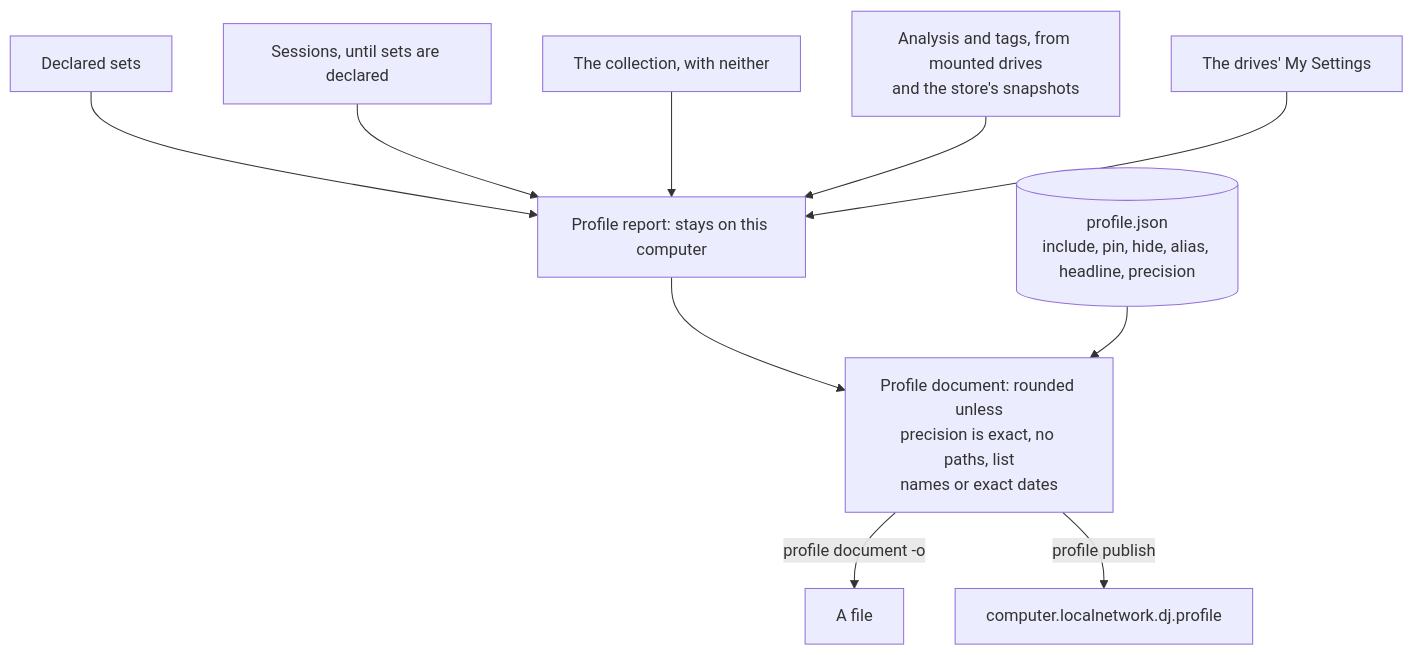
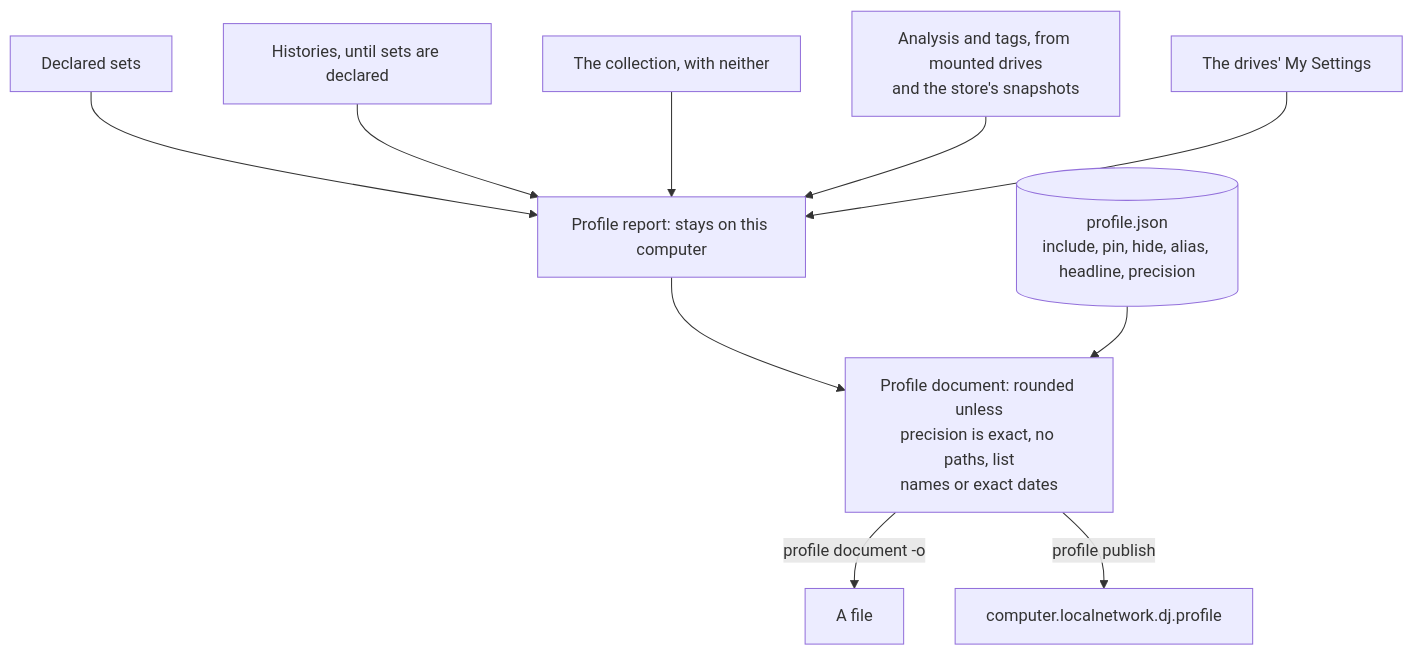
The ninth of 10 diagrams in apps/locallibrary/docs/diagrams/data.md (cutenode/localnetwork), drawn with Mermaid before and after one commit. The commit also changed other lines of this file and 4 other files, not shown here.

First line of the commit message:
docs(locallibrary): use the glossary's words and fix the player's charts

````diff
--- a/apps/locallibrary/docs/diagrams/data.md
+++ b/apps/locallibrary/docs/diagrams/data.md
@@ -165,12 +165,12 @@
 ```mermaid
 flowchart TD
     sets["Declared sets"] --> report["Profile report: stays on this computer"]
-    sessions["Sessions, until sets are declared"] --> report
+    sessions["Histories, until sets are declared"] --> report
     collection["The collection, with neither"] --> report
     analysis["Analysis and tags, from mounted drives<br/>and the store's snapshots"] --> report
     settings["The drives' My Settings"] --> report
     report --> document["Profile document: rounded unless<br/>precision is exact, no paths, list<br/>names or exact dates"]
     prefs[("profile.json<br/>include, pin, hide, alias, headline, precision")] --> document
     document -->|"profile document -o"| file["A file"]
     document -->|"profile publish"| account["computer.localnetwork.dj.profile"]
 ```
````
